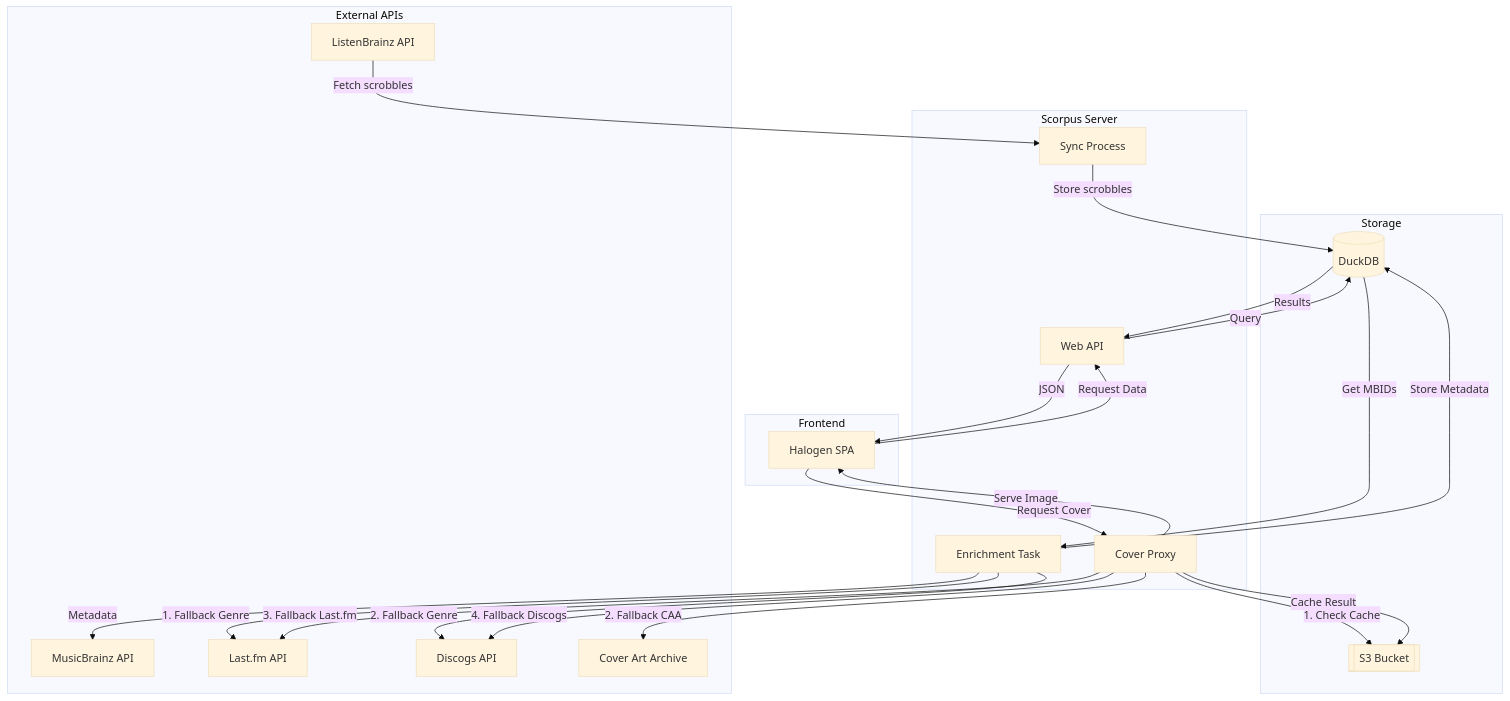
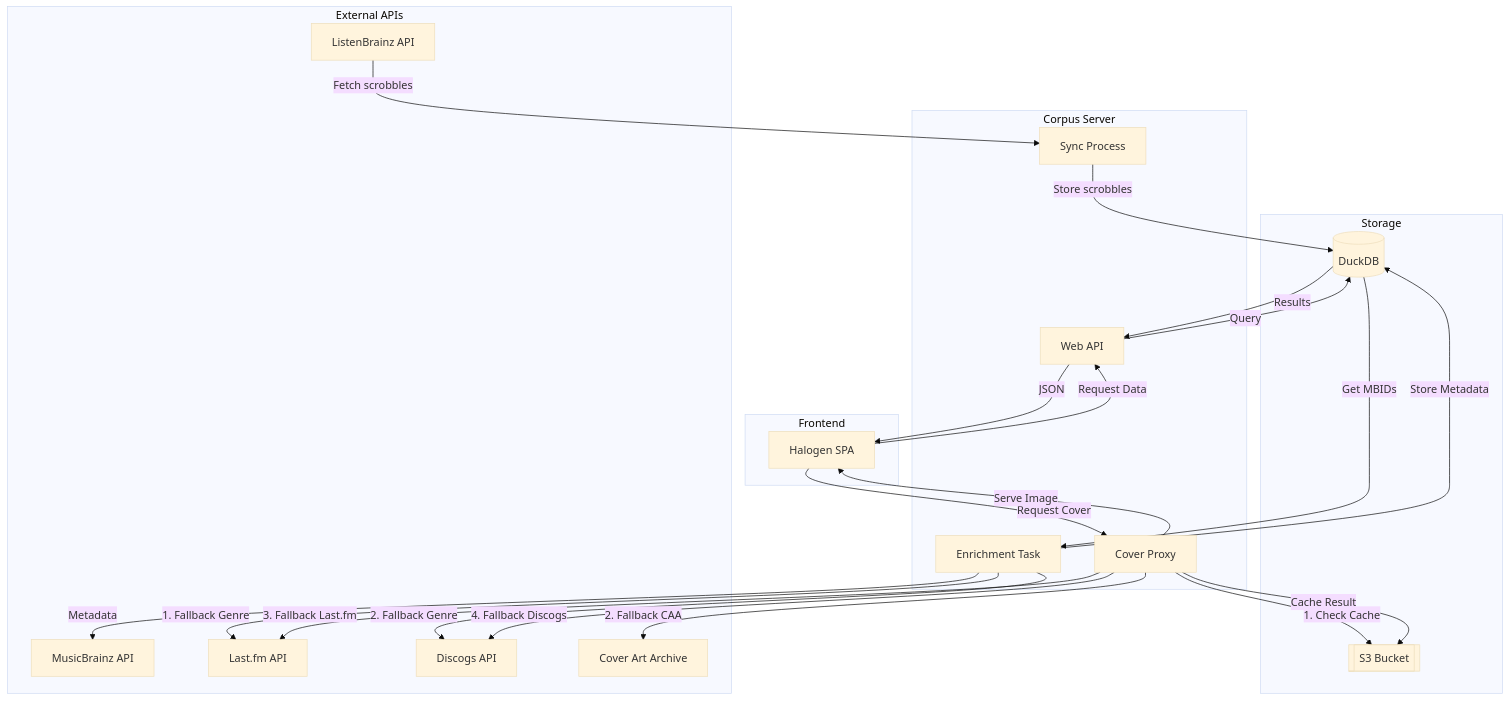
The diagram in docs/architecture.md (mtmn/corpus), drawn with Mermaid (base theme) before and after one commit. The commit also changed other lines of this file and 12 other files, not shown here.

````diff
--- a/docs/architecture.md
+++ b/docs/architecture.md
@@ -73,52 +73,52 @@
 ```mermaid
 graph TD
     subgraph External APIs
         LB[ListenBrainz API]
         MB[MusicBrainz API]
         LF[Last.fm API]
         DC[Discogs API]
         CAA[Cover Art Archive]
     end
 
-    subgraph Scorpus Server
+    subgraph Corpus Server
         Sync[Sync Process]
         Enrich[Enrichment Task]
         Proxy[Cover Proxy]
         API[Web API]
     end
 
     subgraph Storage
         DB[(DuckDB)]
         S3[[S3 Bucket]]
     end
 
     subgraph Frontend
         UI[Halogen SPA]
     end
 
     %% Scrobble Sync Flow
     LB -- "Fetch scrobbles" --> Sync
     Sync -- "Store scrobbles" --> DB
 
     %% Enrichment Flow
     DB -- "Get MBIDs" --> Enrich
     Enrich -- "Metadata" --> MB
     Enrich -- "1. Fallback Genre" --> LF
     Enrich -- "2. Fallback Genre" --> DC
     Enrich -- "Store Metadata" --> DB
 
     %% Web UI Flow
     UI -- "Request Data" --> API
     API -- "Query" --> DB
     DB -- "Results" --> API
     API -- "JSON" --> UI
 
     %% Cover Art Flow
     UI -- "Request Cover" --> Proxy
     Proxy -- "1. Check Cache" --> S3
     Proxy -- "2. Fallback CAA" --> CAA
     Proxy -- "3. Fallback Last.fm" --> LF
     Proxy -- "4. Fallback Discogs" --> DC
     Proxy -- "Cache Result" --> S3
     Proxy -- "Serve Image" --> UI
 ```
````
